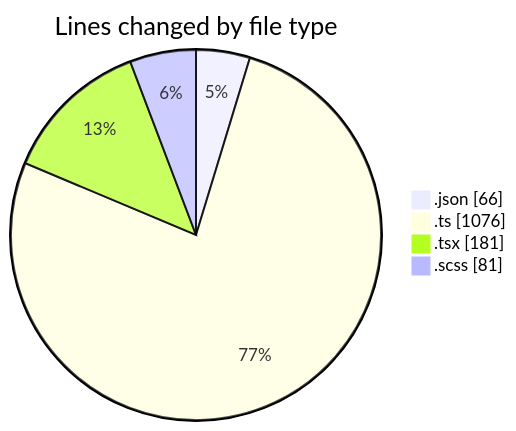
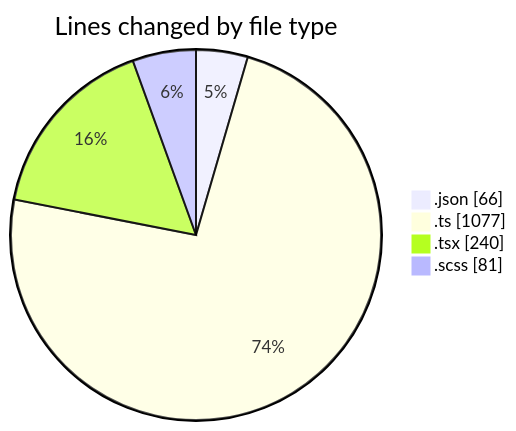
One commit to momahboobian/code-tracking changed the first of 2 diagrams in 2025-05-09/cda/README.md. Above: the diagram before and after it, drawn with Mermaid. The commit also changed other lines of this file and 1 other file, not shown here.

````diff
--- a/2025-05-09/cda/README.md
+++ b/2025-05-09/cda/README.md
@@ -25,8 +25,8 @@
 ```mermaid
 pie showData
 title Lines changed by file type
 ".json" : 66
-".ts" : 1076
-".tsx" : 181
+".ts" : 1077
+".tsx" : 240
 ".scss" : 81
 ```
````
